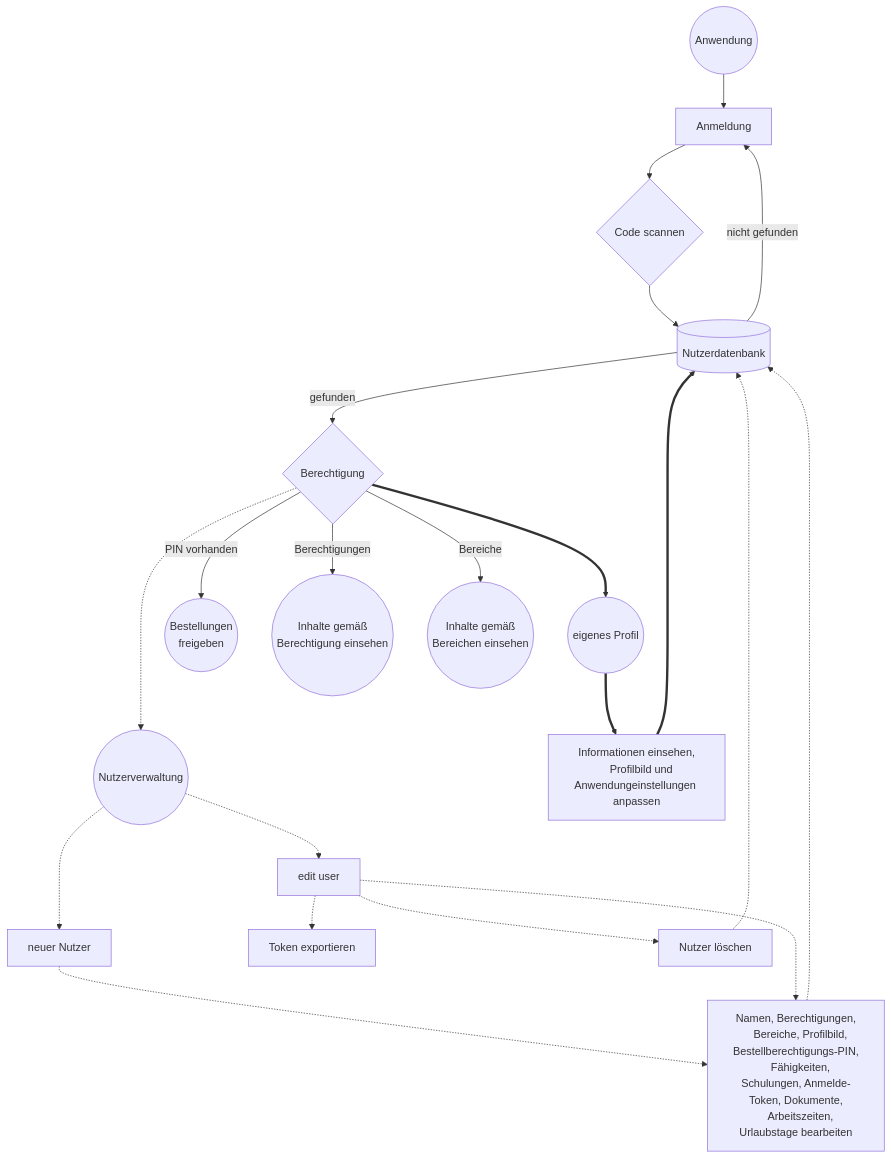
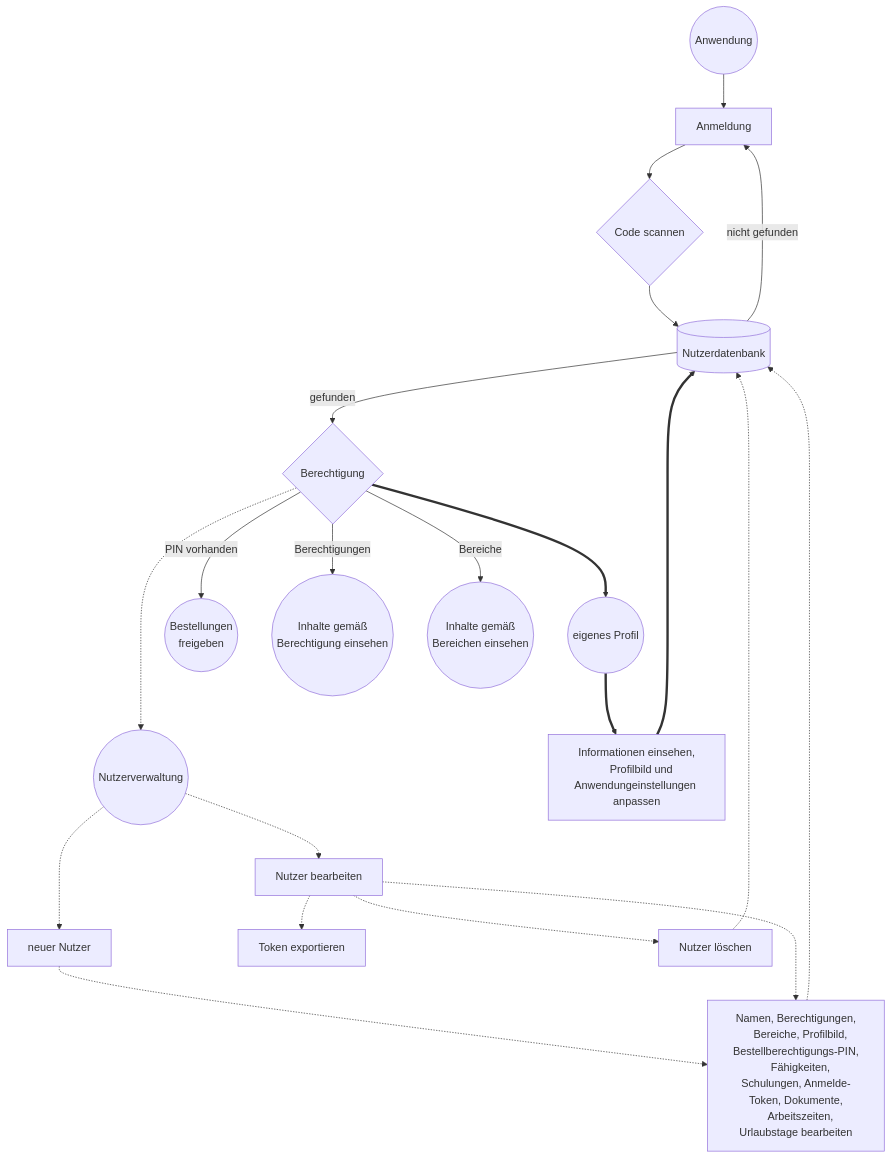
One commit to erroronline1/caro changed the first of 7 diagrams in readme.de.md. Above: the diagram before and after it, drawn with Mermaid. The commit also changed other lines of this file and 2 other files, not shown here.

````diff
--- a/readme.de.md
+++ b/readme.de.md
@@ -236,33 +236,33 @@
 ```mermaid
 graph TD;
     application((Anwendung))-->login[Anmeldung];
     login-->scan_code;
     scan_code{Code scannen}-->user_db[(Nutzerdatenbank)];
     user_db-->|gefunden|permission{Berechtigung};
     user_db-->|nicht gefunden|login;
 
     permission-..->manage_users((Nutzerverwaltung));
     manage_users-..->new_user[neuer Nutzer];
-    manage_users-.->edit_user[edit user];
+    manage_users-.->edit_user[Nutzer bearbeiten];
     new_user-.->user_settings["Namen, Berechtigungen,
     Bereiche, Profilbild, Bestellberechtigungs-PIN,
     Fähigkeiten, Schulungen, Anmelde-Token, Dokumente,
     Arbeitszeiten, Urlaubstage bearbeiten"];
     edit_user-.->user_settings;
     edit_user-.->export_token[Token exportieren];
     user_settings-.->user_db;
     edit_user-.->delete_user[Nutzer löschen];
     delete_user-.->user_db;
 
     permission==>own_profile((eigenes Profil));
     own_profile==>profile["Informationen einsehen,
     Profilbild und Anwendungeinstellungen anpassen"];
     profile==>user_db;
 
     permission-->|PIN vorhanden|orders(("Bestellungen
     freigeben"));
     permission-->|Berechtigungen|authorized(("Inhalte gemäß
     Berechtigung einsehen"))
     permission-->|Bereiche|units(("Inhalte gemäß
     Bereichen einsehen"))
 ```
````
